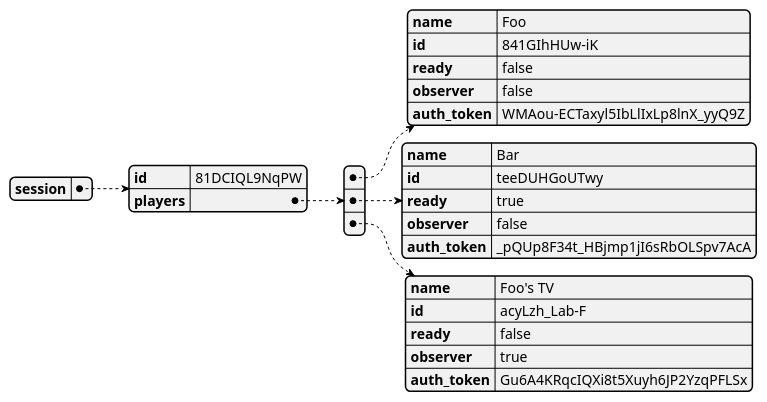
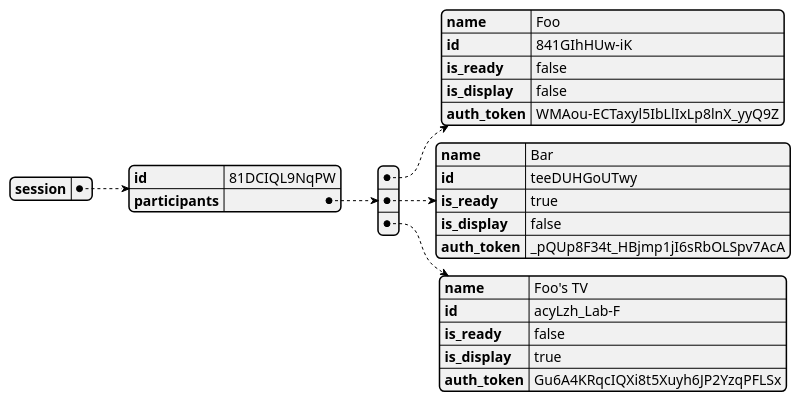
The fourth of 4 diagrams in docs/devdocs/17-connection-sequence.md (foxssake/dumber-dungeons), drawn with PlantUML before and after one commit. The commit also changed other lines of this file, not shown here.

````diff
--- a/docs/devdocs/17-connection-sequence.md
+++ b/docs/devdocs/17-connection-sequence.md
@@ -150,22 +161,22 @@
 ```puml
 @startyaml
 session:
   id: 81DCIQL9NqPW
-  players:
+  participants:
     - name: Foo
       id: 841GIhHUw-iK
-      ready: false
-      observer: false
+      is_ready: false
+      is_display: false
       auth_token: WMAou-ECTaxyl5IbLlIxLp8lnX_yyQ9Z
     - name: Bar
       id: teeDUHGoUTwy
-      ready: true
-      observer: false
+      is_ready: true
+      is_display: false
       auth_token: _pQUp8F34t_HBjmp1jI6sRbOLSpv7AcA
     - name: Foo's TV
       id: acyLzh_Lab-F
-      ready: false
-      observer: true
+      is_ready: false
+      is_display: true
       auth_token: Gu6A4KRqcIQXi8t5Xuyh6JP2YzqPFLSx
 @endyaml
 ```
````
